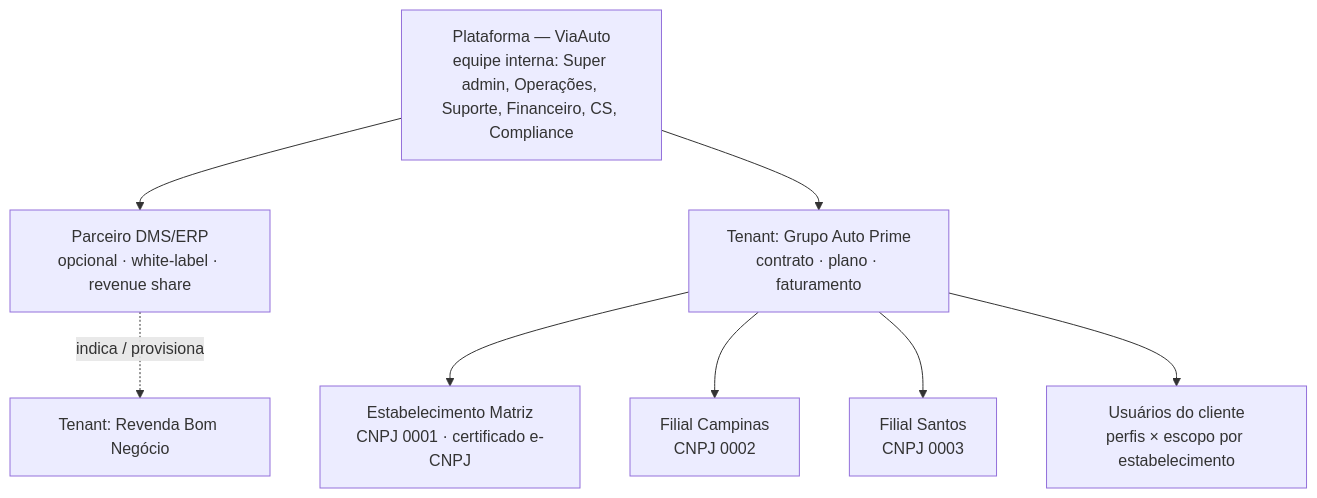
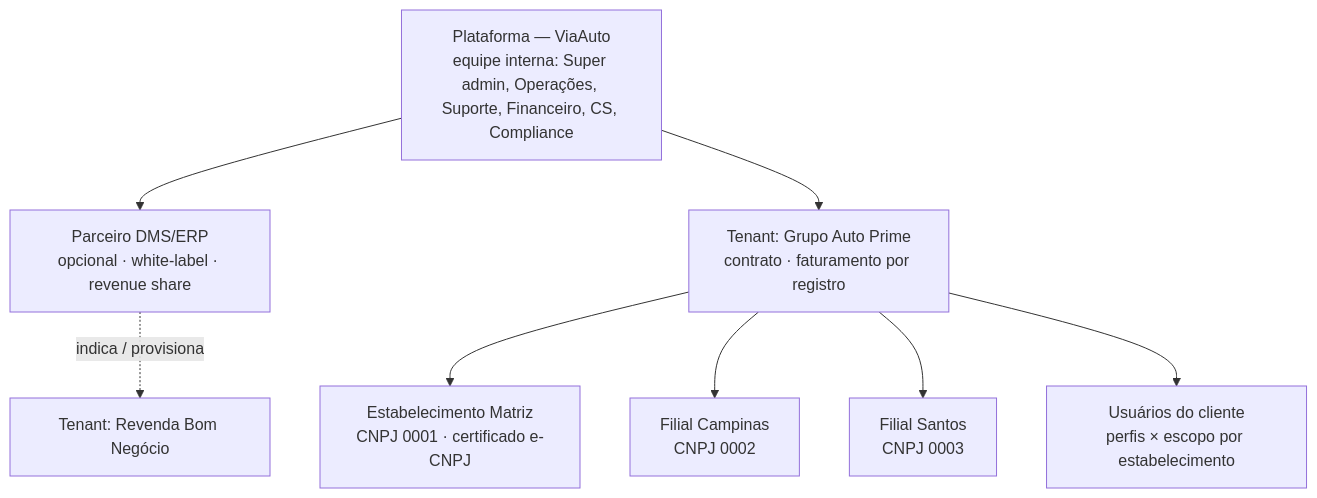
One commit to joaopaulomirandamatias/renave changed the first of 2 diagrams in docs/11-modelo-saas.md. Above: the diagram before and after it, drawn with Mermaid. The commit also changed other lines of this file and 10 other files, not shown here.

First line of the commit message:
Escopo exclusivamente RENAVE e cobrança por registro confirmado (sem planos/mensalidade)

````diff
--- a/docs/11-modelo-saas.md
+++ b/docs/11-modelo-saas.md
@@ -10,16 +11,16 @@
 ```mermaid
 flowchart TD
   P[Plataforma — ViaAuto<br/>equipe interna: Super admin, Operações, Suporte, Financeiro, CS, Compliance]
   PA[Parceiro DMS/ERP<br/>opcional · white-label · revenue share]
-  T1[Tenant: Grupo Auto Prime<br/>contrato · plano · faturamento]
+  T1[Tenant: Grupo Auto Prime<br/>contrato · faturamento por registro]
   T2[Tenant: Revenda Bom Negócio]
   E1[Estabelecimento Matriz<br/>CNPJ 0001 · certificado e-CNPJ]
   E2[Filial Campinas<br/>CNPJ 0002]
   E3[Filial Santos<br/>CNPJ 0003]
   U[Usuários do cliente<br/>perfis × escopo por estabelecimento]
   P --> PA
   P --> T1
   PA -.indica / provisiona.-> T2
   T1 --> E1 & E2 & E3
   T1 --> U
 ```
````
